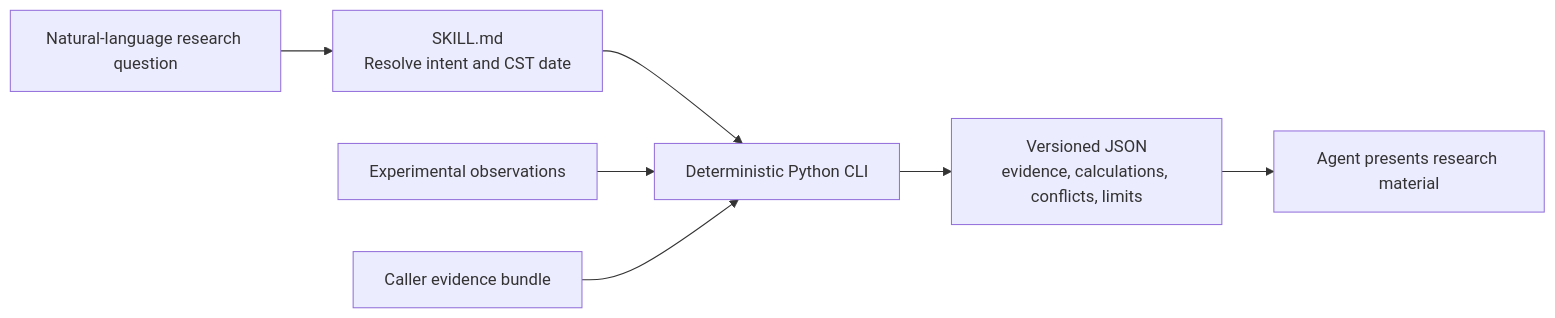
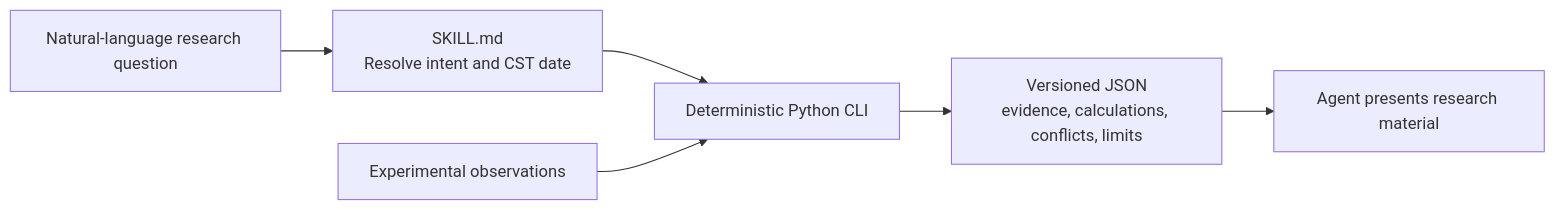
One commit to RedHeartSecretMan/a-share-research-skill changed the diagram in README_en.md. Above: the diagram before and after it, drawn with Mermaid. The commit also changed other lines of this file and 9 other files, not shown here.

````diff
--- a/README_en.md
+++ b/README_en.md
@@ -54,9 +51,8 @@
 ```mermaid
 flowchart LR
     A["Natural-language research question"] --> B["SKILL.md<br/>Resolve intent and CST date"]
     B --> C["Deterministic Python CLI"]
     D["Experimental observations"] --> C
-    E["Caller evidence bundle"] --> C
     C --> F["Versioned JSON<br/>evidence, calculations, conflicts, limits"]
     F --> G["Agent presents research material"]
 ```
````
